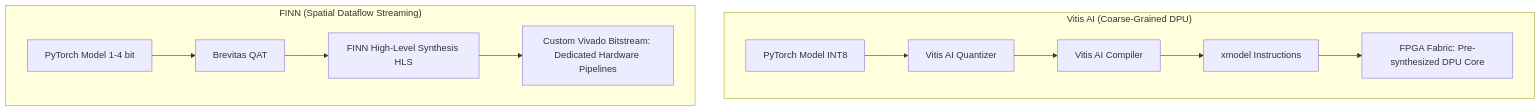
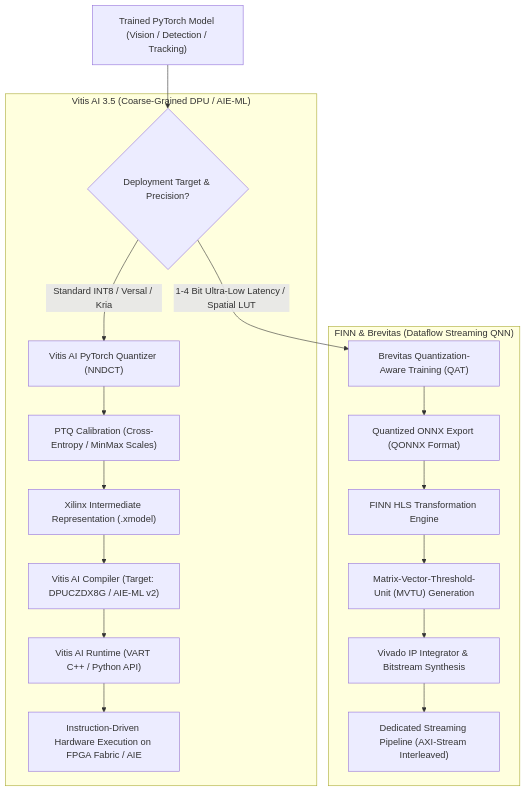
Before and after one commit to sergiomh499/cv-projects: the diagram in architectures/hardware-and-acceleration-runtimes/vitis-ai-and-finn.md, drawn with Mermaid. The commit also changed other lines of this file and 41 other files, not shown here.

Commit message:
docs(vault): deep expansion across 20 topic production pipelines, 2025-2026 architectures (RF-DETR, Qwen2.5-VL, MambaVision), and complete taxonomy matrices

````diff
--- a/architectures/hardware-and-acceleration-runtimes/vitis-ai-and-finn.md
+++ b/architectures/hardware-and-acceleration-runtimes/vitis-ai-and-finn.md
@@ -39,15 +44,22 @@
 ```mermaid
 flowchart TD
-    subgraph Vitis_AI__Coarse_Grained_DPU ["Vitis AI (Coarse-Grained DPU)"]
-        ONNX1["PyTorch Model INT8"] --> Quant1["Vitis AI Quantizer"]
-        Quant1 --> Compiler1["Vitis AI Compiler"]
-        Compiler1 --> XMODEL["xmodel Instructions"]
-        XMODEL --> DPU["FPGA Fabric: Pre-synthesized DPU Core"]
-    end
-    subgraph FINN__Spatial_Dataflow_Streaming ["FINN (Spatial Dataflow Streaming)"]
-        ONNX2["PyTorch Model 1-4 bit"] --> Brevitas["Brevitas QAT"]
-        Brevitas --> FINNTrans["FINN High-Level Synthesis HLS"]
-        FINNTrans --> Bitstream["Custom Vivado Bitstream: Dedicated Hardware Pipelines"]
+    Model["Trained PyTorch Model (Vision / Detection / Tracking)"] --> ToolchainSplit{"Deployment Target & Precision?"}
+
+    subgraph Vitis_AI_Pipeline ["Vitis AI 3.5 (Coarse-Grained DPU / AIE-ML)"]
+        ToolchainSplit -->|Standard INT8 / Versal / Kria| VAIQuant["Vitis AI PyTorch Quantizer (NNDCT)"]
+        VAIQuant --> Calibration["PTQ Calibration (Cross-Entropy / MinMax Scales)"]
+        Calibration --> XIR["Xilinx Intermediate Representation (.xmodel)"]
+        XIR --> VAICompiler["Vitis AI Compiler (Target: DPUCZDX8G / AIE-ML v2)"]
+        VAICompiler --> VART["Vitis AI Runtime (VART C++ / Python API)"]
+        VART --> DPUCore["Instruction-Driven Hardware Execution on FPGA Fabric / AIE"]
     end
 
+    subgraph FINN_Pipeline ["FINN & Brevitas (Dataflow Streaming QNN)"]
+        ToolchainSplit -->|1-4 Bit Ultra-Low Latency / Spatial LUT| Brevitas["Brevitas Quantization-Aware Training (QAT)"]
+        Brevitas --> QONNX["Quantized ONNX Export (QONNX Format)"]
+        QONNX --> FINNComp["FINN HLS Transformation Engine"]
+        FINNComp --> MVTU["Matrix-Vector-Threshold-Unit (MVTU) Generation"]
+        MVTU --> Vivado["Vivado IP Integrator & Bitstream Synthesis"]
+        Vivado --> DedicatedHW["Dedicated Streaming Pipeline (AXI-Stream Interleaved)"]
+    end
 ```
````
